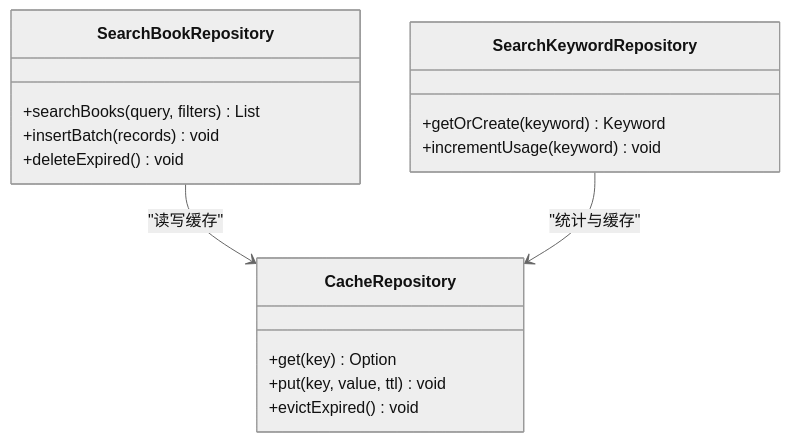
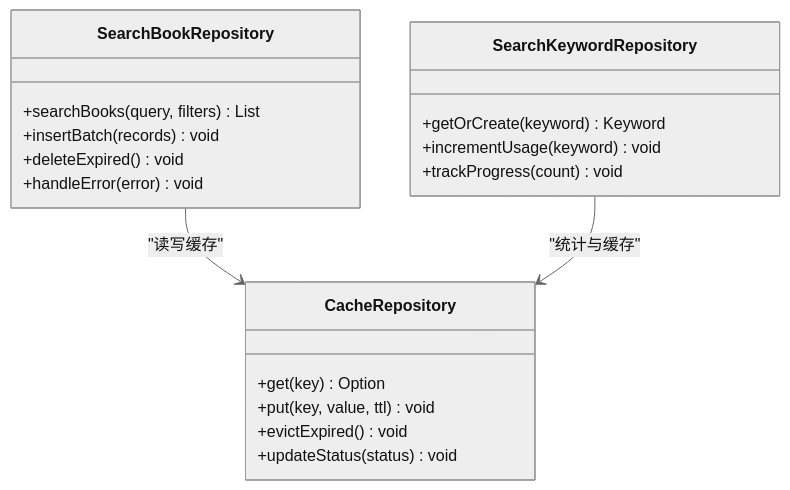
One commit to ZhangGHGitHub/LegadoTeamFlutter changed the fifth of 7 diagrams in .qoder/repowiki/zh/content/搜索功能/搜索性能优化.md. Above: the diagram before and after it, drawn with Mermaid (neutral theme). The commit also changed other lines of this file and 173 other files, not shown here.

````diff
--- a/.qoder/repowiki/zh/content/搜索功能/搜索性能优化.md
+++ b/.qoder/repowiki/zh/content/搜索功能/搜索性能优化.md
@@ -201,19 +290,22 @@
 ```mermaid
 classDiagram
 class SearchBookRepository {
 +searchBooks(query, filters) List
 +insertBatch(records) void
 +deleteExpired() void
++handleError(error) void
 }
 class SearchKeywordRepository {
 +getOrCreate(keyword) Keyword
 +incrementUsage(keyword) void
++trackProgress(count) void
 }
 class CacheRepository {
 +get(key) Option
 +put(key, value, ttl) void
 +evictExpired() void
++updateStatus(status) void
 }
 SearchBookRepository --> CacheRepository : "读写缓存"
 SearchKeywordRepository --> CacheRepository : "统计与缓存"
 ```
````
